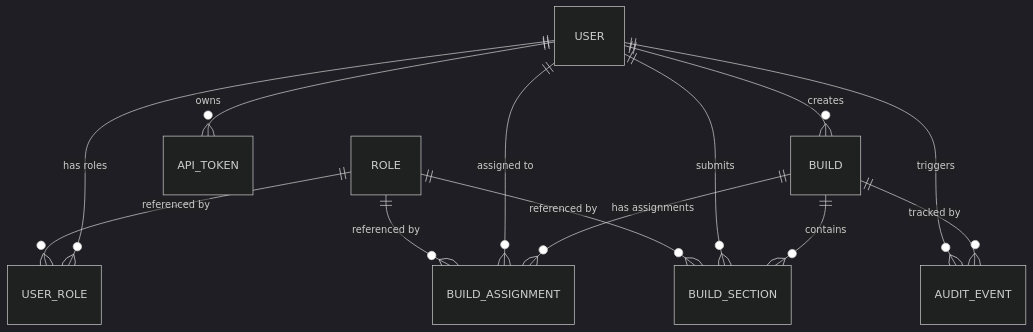
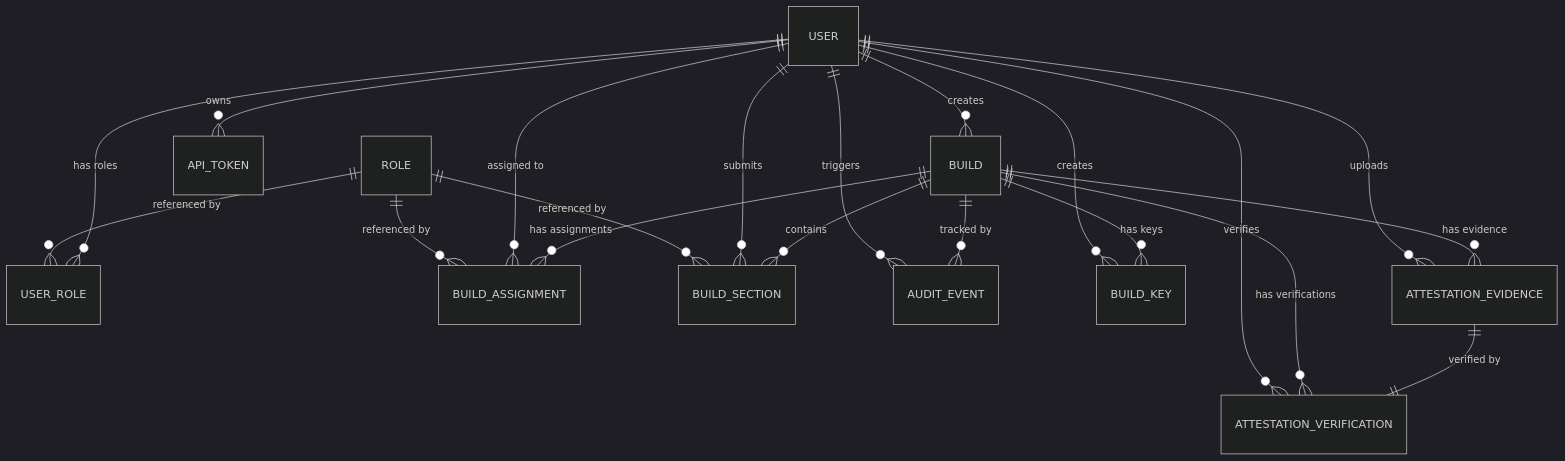
The third of 4 diagrams in Design/1-high-level-design.md (Sashwat-K/persona-based-contract-generator), drawn with Mermaid (dark theme) before and after one commit. The commit also changed other lines of this file and 4 other files, not shown here.

````diff
--- a/Design/1-high-level-design.md
+++ b/Design/1-high-level-design.md
@@ -357,15 +408,22 @@
 ```mermaid
 erDiagram
     ROLE ||--o{ USER_ROLE : "referenced by"
     ROLE ||--o{ BUILD_ASSIGNMENT : "referenced by"
     ROLE ||--o{ BUILD_SECTION : "referenced by"
     USER ||--o{ USER_ROLE : "has roles"
     USER ||--o{ API_TOKEN : "owns"
     USER ||--o{ BUILD : "creates"
     USER ||--o{ BUILD_ASSIGNMENT : "assigned to"
     USER ||--o{ BUILD_SECTION : "submits"
     USER ||--o{ AUDIT_EVENT : "triggers"
+    USER ||--o{ BUILD_KEY : "creates"
+    USER ||--o{ ATTESTATION_EVIDENCE : "uploads"
+    USER ||--o{ ATTESTATION_VERIFICATION : "verifies"
     BUILD ||--o{ BUILD_ASSIGNMENT : "has assignments"
     BUILD ||--o{ BUILD_SECTION : "contains"
     BUILD ||--o{ AUDIT_EVENT : "tracked by"
+    BUILD ||--o{ BUILD_KEY : "has keys"
+    BUILD ||--o{ ATTESTATION_EVIDENCE : "has evidence"
+    BUILD ||--o{ ATTESTATION_VERIFICATION : "has verifications"
+    ATTESTATION_EVIDENCE ||--|| ATTESTATION_VERIFICATION : "verified by"
 ```
````
